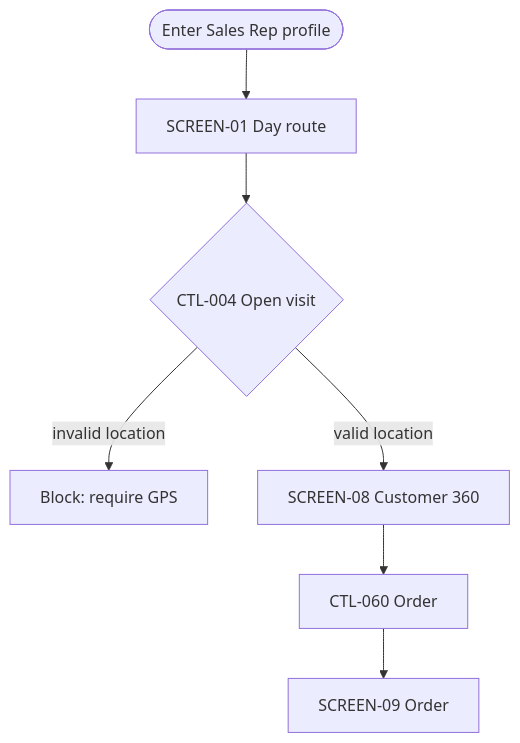
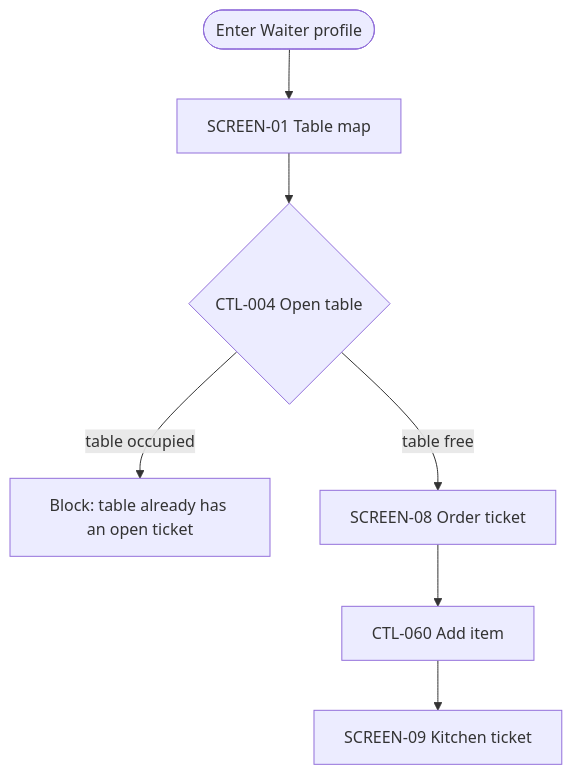
Before and after one commit to quimhen/aidd: the diagram in docs/PIPELINE.md, drawn with Mermaid. The commit also changed other lines of this file and 22 other files, not shown here.

````diff
--- a/docs/PIPELINE.md
+++ b/docs/PIPELINE.md
@@ -380,8 +405,8 @@
 ```mermaid
 flowchart TD
-  A([Enter Sales Rep profile]) --> B[SCREEN-01 Day route]
-  B --> C{CTL-004 Open visit}
-  C -- invalid location --> D[Block: require GPS]
-  C -- valid location --> E[SCREEN-08 Customer 360]
-  E --> F[CTL-060 Order] --> H[SCREEN-09 Order]
+  A([Enter Waiter profile]) --> B[SCREEN-01 Table map]
+  B --> C{CTL-004 Open table}
+  C -- table occupied --> D[Block: table already has an open ticket]
+  C -- table free --> E[SCREEN-08 Order ticket]
+  E --> F[CTL-060 Add item] --> H[SCREEN-09 Kitchen ticket]
 ```
````
